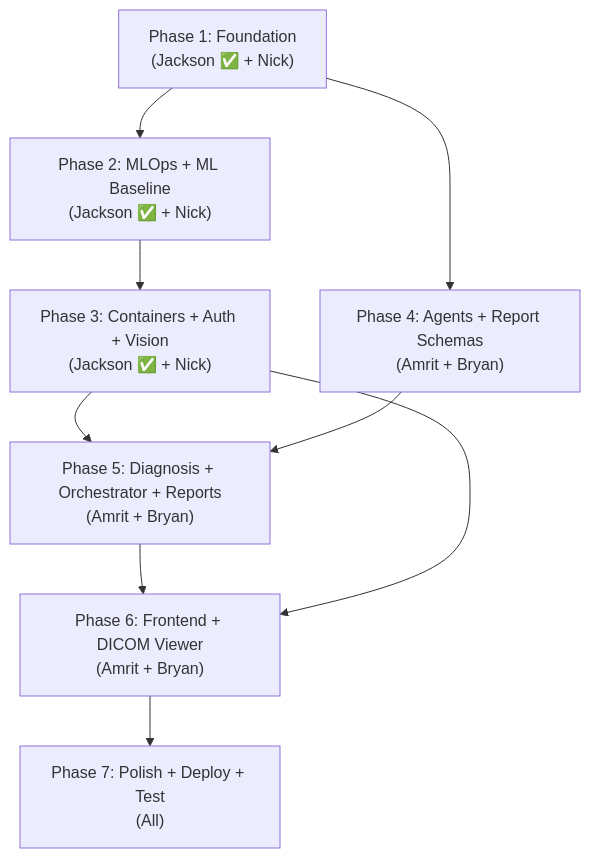
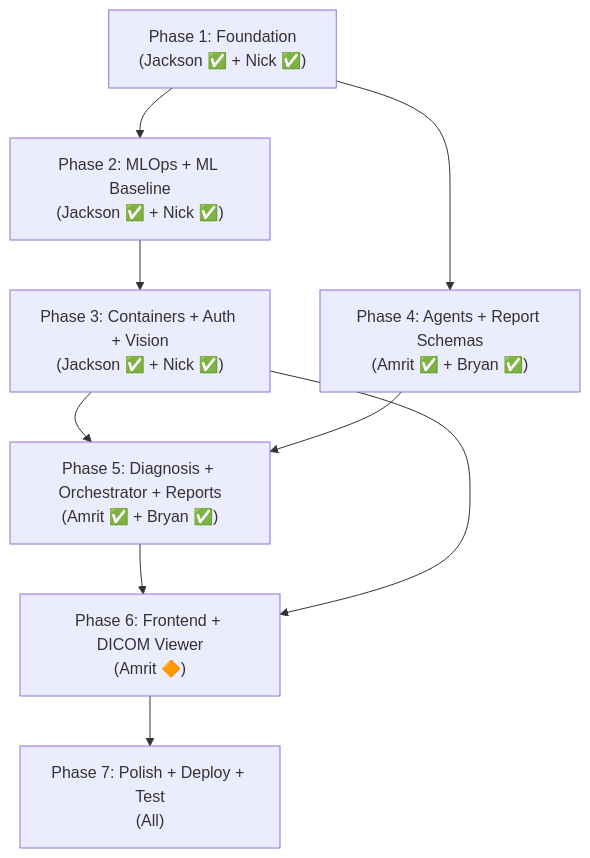
The diagram in project_process_breakdown.md (JacksonBopp/radiology-second-opinion-agent), drawn with Mermaid before and after one commit. The commit also changed other lines of this file, not shown here.

````diff
--- a/project_process_breakdown.md
+++ b/project_process_breakdown.md
@@ -173,11 +179,11 @@
 ```mermaid
 graph TD
-    A["Phase 1: Foundation<br/>(Jackson ✅ + Nick)"] --> B["Phase 2: MLOps + ML Baseline<br/>(Jackson ✅ + Nick)"]
-    B --> C["Phase 3: Containers + Auth + Vision<br/>(Jackson ✅ + Nick)"]
-    A --> D["Phase 4: Agents + Report Schemas<br/>(Amrit + Bryan)"]
-    C --> E["Phase 5: Diagnosis + Orchestrator + Reports<br/>(Amrit + Bryan)"]
+    A["Phase 1: Foundation<br/>(Jackson ✅ + Nick ✅)"] --> B["Phase 2: MLOps + ML Baseline<br/>(Jackson ✅ + Nick ✅)"]
+    B --> C["Phase 3: Containers + Auth + Vision<br/>(Jackson ✅ + Nick ✅)"]
+    A --> D["Phase 4: Agents + Report Schemas<br/>(Amrit ✅ + Bryan ✅)"]
+    C --> E["Phase 5: Diagnosis + Orchestrator + Reports<br/>(Amrit ✅ + Bryan ✅)"]
     D --> E
-    E --> F["Phase 6: Frontend + DICOM Viewer<br/>(Amrit + Bryan)"]
+    E --> F["Phase 6: Frontend + DICOM Viewer<br/>(Amrit 🔶)"]
     C --> F
     F --> G["Phase 7: Polish + Deploy + Test<br/>(All)"]
 ```
````
